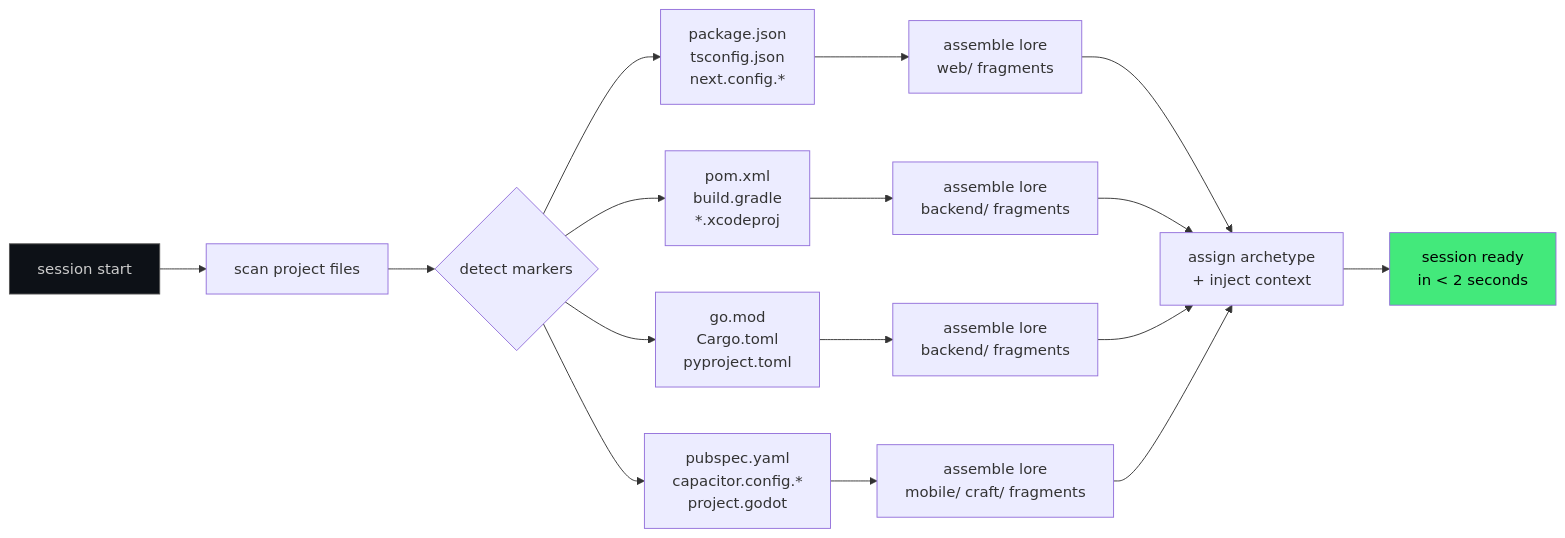
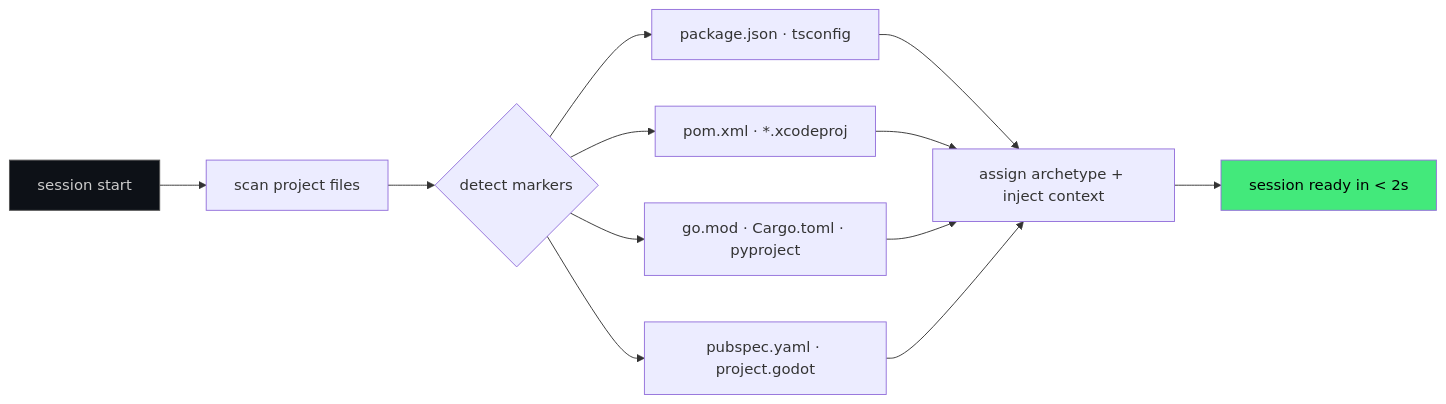
The second of 3 diagrams in README.md (Alexander-Tyagunov/magician), drawn with Mermaid before and after one commit. The commit also changed other lines of this file and 11 other files, not shown here.

````diff
--- a/README.md
+++ b/README.md
@@ -83,25 +86,16 @@
 ```mermaid
 flowchart LR
     A["session start"] --> B["scan project files"]
     B --> C{"detect markers"}
-
-    C --> D["package.json\ntsconfig.json\nnext.config.*"]
-    C --> E["pom.xml\nbuild.gradle\n*.xcodeproj"]
-    C --> F["go.mod\nCargo.toml\npyproject.toml"]
-    C --> G["pubspec.yaml\ncapacitor.config.*\nproject.godot"]
-
-    D --> H["assemble lore\nweb/ fragments"]
-    E --> I["assemble lore\nbackend/ fragments"]
-    F --> J["assemble lore\nbackend/ fragments"]
-    G --> K["assemble lore\nmobile/ craft/ fragments"]
-
-    H --> L["assign archetype\n+ inject context"]
-    I --> L
-    J --> L
-    K --> L
-
-    L --> M["session ready\nin < 2 seconds"]
-
+    C --> D["package.json · tsconfig"]
+    C --> E["pom.xml · *.xcodeproj"]
+    C --> F["go.mod · Cargo.toml · pyproject"]
+    C --> G["pubspec.yaml · project.godot"]
+    D --> L["assign archetype + inject context"]
+    E --> L
+    F --> L
+    G --> L
+    L --> M["session ready in < 2s"]
     style A fill:#0d1117,color:#ccc,stroke:#555
     style M fill:#43e97b,color:#000
 ```
````
